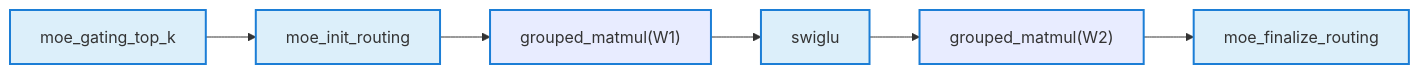
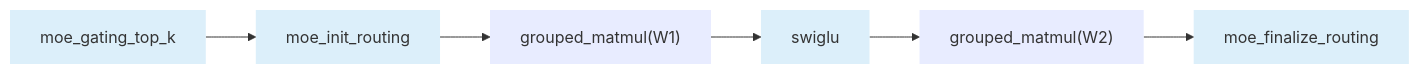
The diagram in gmm/grouped_matmul/README.md (ChunnX/ops-transformer), drawn with Mermaid before and after one commit.

Commit message:
README：groupListType格式同步、Mermaid流程图美化

````diff
--- a/gmm/grouped_matmul/README.md
+++ b/gmm/grouped_matmul/README.md
@@ -14,14 +14,14 @@
 ```mermaid
 graph LR
     B["moe_gating_top_k"] --> C["moe_init_routing"]
     C --> D["grouped_matmul(W1)"]
     D --> E["swiglu"]
     E --> F["grouped_matmul(W2)"]
     F --> G["moe_finalize_routing"]
 
-    classDef gmm fill:#E8ECFF,stroke:#1c7ed6,stroke-width:2px,color:#333;
-    classDef other fill:#DCEFFA,stroke:#1c7ed6,stroke-width:2px,color:#333;
+    classDef gmm fill:#E8ECFF,stroke:none,color:#333;
+    classDef other fill:#DCEFFA,stroke:none,color:#333;
 
     class D,F gmm;
     class B,C,E,G other;
 ```
````
